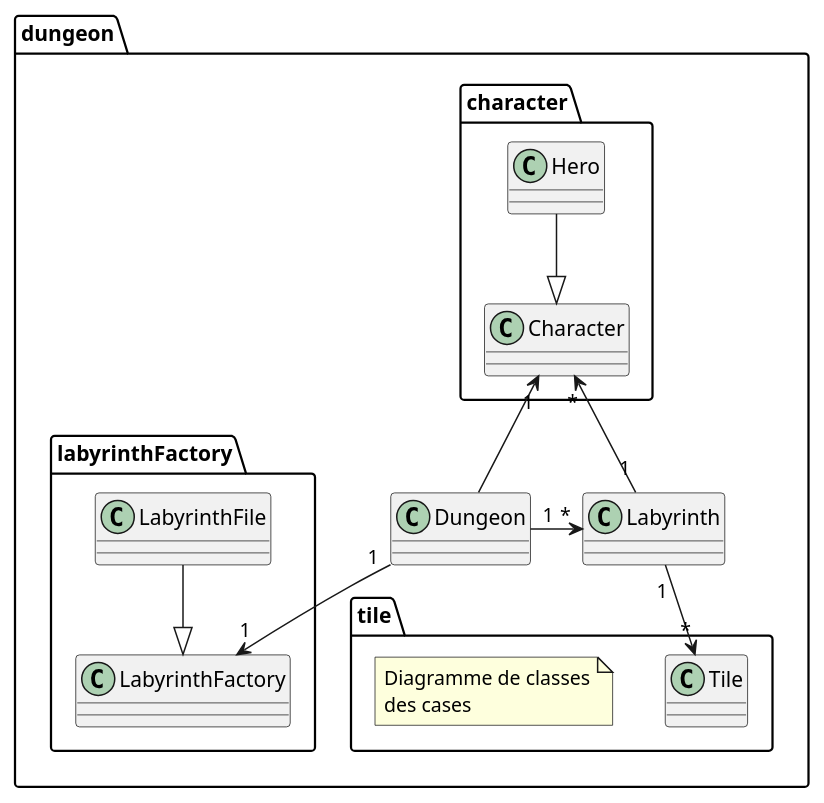
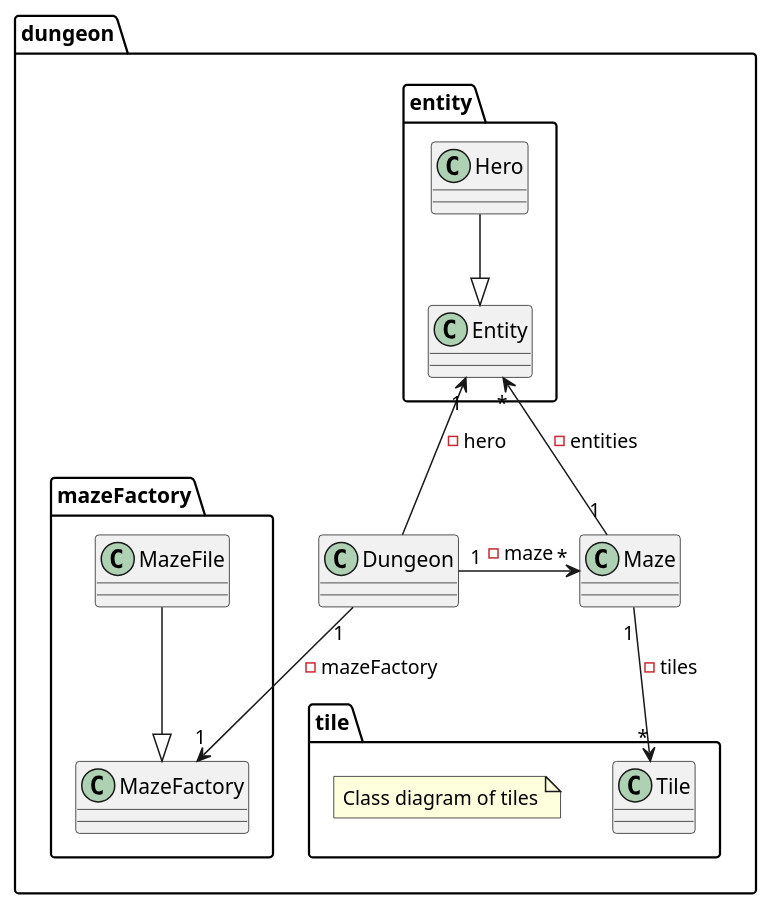
Before and after one commit to Reynault/ACL_2019_Zelpop: the diagram in doc/first_sprint/diagrams/class/global.puml, drawn with PlantUML. The commit also changed 5 other files, not shown here.

```diff
--- a/doc/first_sprint/diagrams/class/global.puml
+++ b/doc/first_sprint/diagrams/class/global.puml
@@ -1,60 +1,60 @@
 @startuml
 
 package dungeon{
 
     class Dungeon{
 
     }
 
-    class Labyrinth{
+    class Maze{
 
 
     }
 
     package tile{
 
         class Tile{
 
         }
 
-        note "Diagramme de classes\ndes cases" as N1
+        note "Class diagram of tiles" as N1
 
     }
 
-    package character{
+    package entity{
 
-        class Character{
+        class Entity{
 
         }
 
         class Hero{
 
         }
 
     }
 
-    package labyrinthFactory{
+    package mazeFactory{
 
-        class LabyrinthFactory{
+        class MazeFactory{
 
         }
 
-        class LabyrinthFile{
+        class MazeFile{
 
         }
 
     }
 
 }
 
-Dungeon "1" -left-> "*" Labyrinth
-Dungeon "1" --> "1" LabyrinthFactory
-Labyrinth "1" --> "*" Tile
-Labyrinth "1" -up-> "*" Character
+Dungeon "1" -left-> "*" Maze: -maze
+Dungeon "1" --> "1" MazeFactory: -mazeFactory
+Maze "1" --> "*" Tile: -tiles
+Maze "1" -up-> "*" Entity: -entities
 
-Hero --|> Character
-Dungeon --> "1" Character
+Hero --|> Entity
+Dungeon --> "1" Entity : -hero
 
-LabyrinthFile --|> LabyrinthFactory
+MazeFile --|> MazeFactory
 
 @enduml
```
